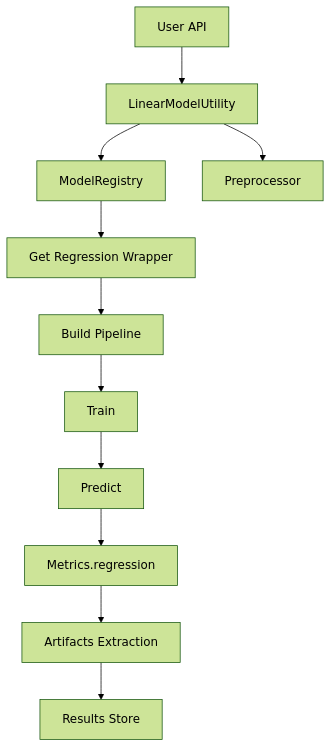
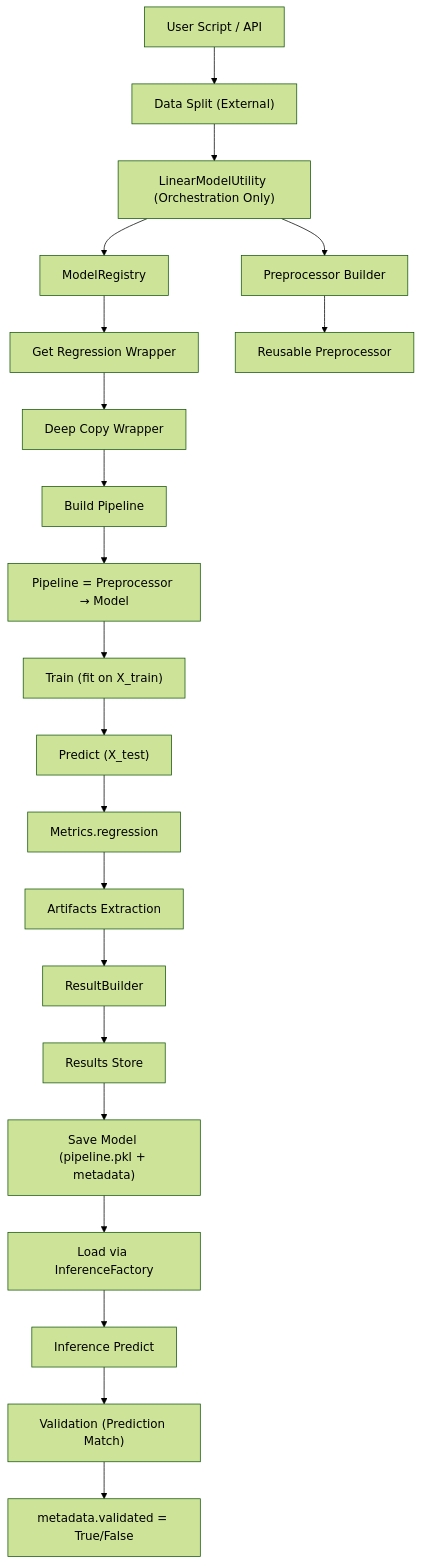
The diagram in lib/utility/machinelearning/facade/LINEARMODELUTILITY.md (abhinavssingh/python-learnings), drawn with Mermaid (forest theme) before and after one commit. The commit also changed other lines of this file and 23 other files, not shown here.

Commit message:
refactoring pipeline script for inferencing

````diff
--- a/lib/utility/machinelearning/facade/LINEARMODELUTILITY.md
+++ b/lib/utility/machinelearning/facade/LINEARMODELUTILITY.md
@@ -23,18 +23,41 @@
 ```mermaid
 flowchart TD
-    A[User API] --> B[LinearModelUtility]
+
+    A[User Script / API] --> A1["Data Split (External)"]
+
+    A1 --> B["LinearModelUtility (Orchestration Only)"]
 
     B --> C[ModelRegistry]
-    B --> D[Preprocessor]
+    B --> D[Preprocessor Builder]
 
     C --> E[Get Regression Wrapper]
-    E --> F[Build Pipeline]
+    E --> F[Deep Copy Wrapper]
 
-    F --> G[Train]
-    G --> H[Predict]
+    D --> G[Reusable Preprocessor]
 
-    H --> I[Metrics.regression]
-    I --> J[Artifacts Extraction]
+    F --> H[Build Pipeline]
 
-    J --> K[Results Store]
+    H --> I["Pipeline = Preprocessor → Model"]
+
+    I --> J["Train (fit on X_train)"]
+
+    J --> K["Predict (X_test)"]
+
+    K --> L[Metrics.regression]
+
+    L --> M[Artifacts Extraction]
+
+    M --> N[ResultBuilder]
+
+    N --> O[Results Store]
+
+    O --> P["Save Model (pipeline.pkl + metadata)"]
+
+    P --> Q[Load via InferenceFactory]
+
+    Q --> R[Inference Predict]
+
+    R --> S["Validation (Prediction Match)"]
+
+    S --> T["metadata.validated = True/False"]
 ```
````
